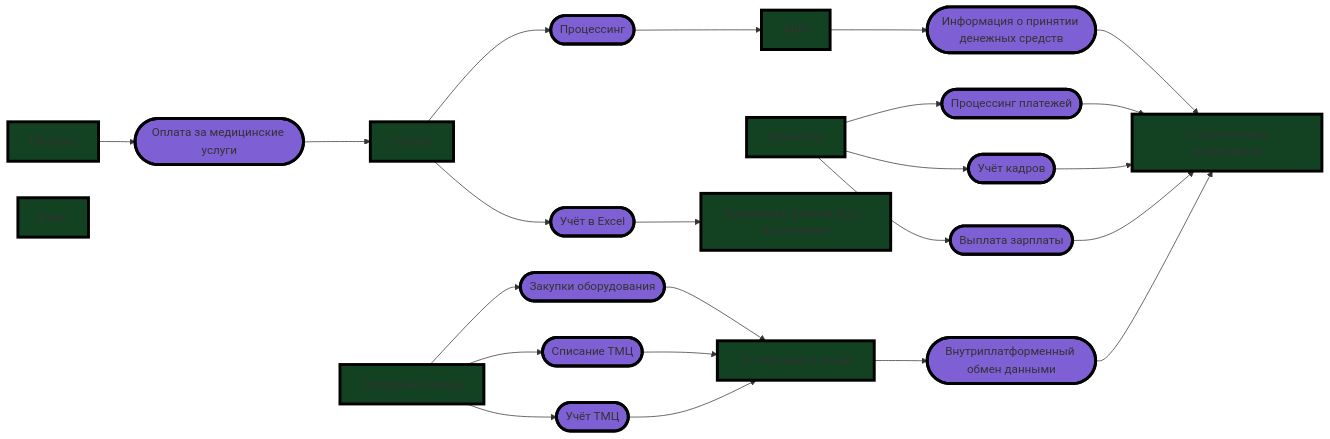
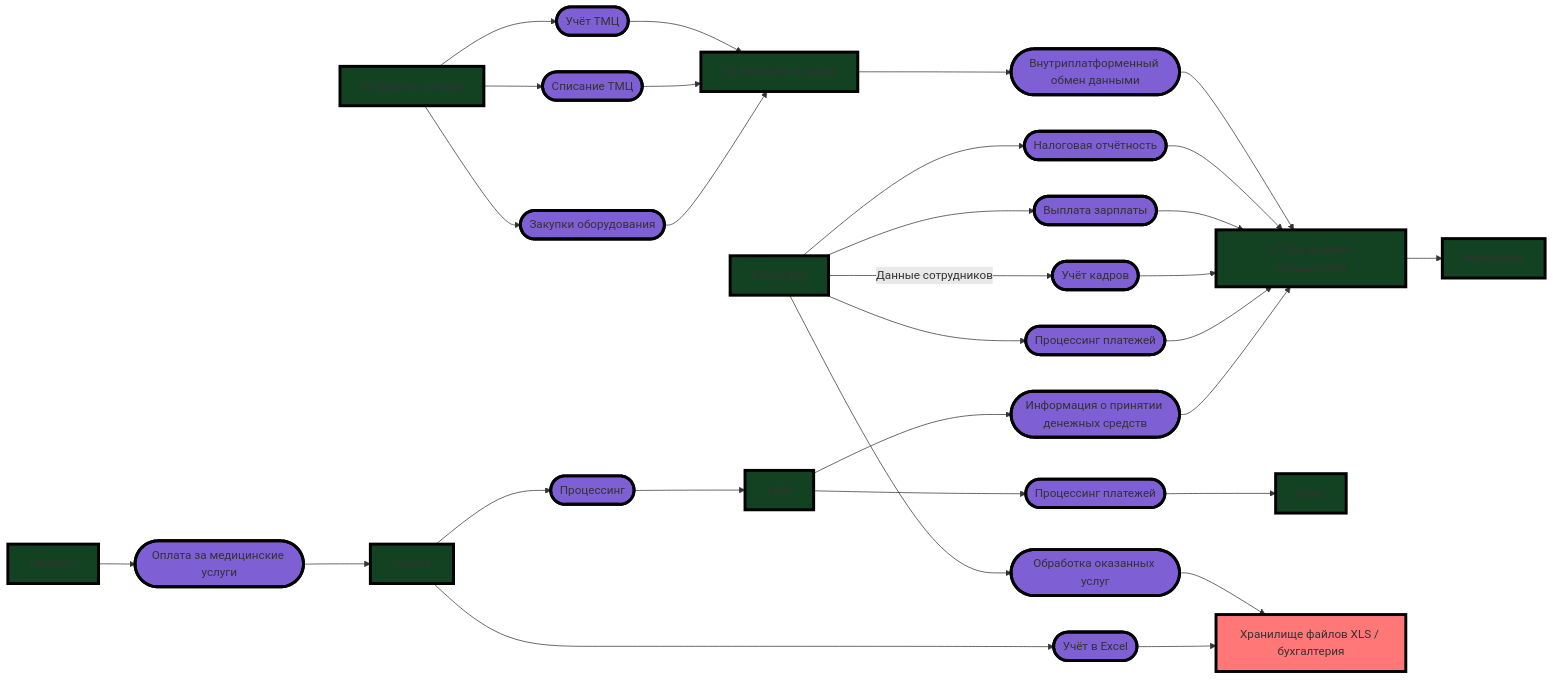
One commit to belyaev-a-g/architecture-medikamente changed the ninth of 9 diagrams in Task_1/Readme.md. Above: the diagram before and after it, drawn with Mermaid. The commit also changed other lines of this file, not shown here.

````diff
--- a/Task_1/Readme.md
+++ b/Task_1/Readme.md
@@ -134,36 +142,45 @@
 ```mermaid
 flowchart LR
     classDef action fill:#7F5FD4, stroke:#000, stroke-width:4px
     classDef entity fill:#124221, stroke:#000, stroke-width:4px
+    classDef share fill:#FF7777 , stroke:#000, stroke-width:4px
 
     pacient[Пациент]:::entity
     1c_ent[1C бухгалтерия предприятия]:::entity
     1c_wh[1C Торговля и склад]:::entity
     edit([Учёт в Excel]):::action
     pay([Оплата за медицинские услуги]):::action
     info([Информация о принятии денежных средств]):::action
     processing([Процессинг]):::action
     processing_acc([Процессинг платежей]):::action
+    processing_bank([Процессинг платежей]):::action
     hr_acc([Учёт кадров]):::action
     salary_acc([Выплата зарплаты]):::action
+    acc_tax([Налоговая отчётность]):::action
+    acc_handy([Обработка оказанных услуг]):::action
     1c_exchange([Внутриплатформенный обмен данными]):::action
     wh_in([Закупки оборудования]):::action
     wh_out([Списание ТМЦ]):::action
     wh_control([Учёт ТМЦ]):::action
     cashier[Кассир]:::entity
     bank[Банк]:::entity
     kkm[KKM]:::entity
-    xls_share[Хранилище файлов XLS / бухгалтерия]:::entity
+    tax_services[Налоговая]:::entity
+    xls_share[Хранилище файлов XLS / бухгалтерия]:::share
     accountant[Бухгалтер]:::entity
     wh_worker[Сотрудник склада]:::entity
     pacient-->pay-->cashier--> edit-->xls_share
     cashier-->processing-->kkm-->info-->1c_ent
     accountant-->processing_acc-->1c_ent
-    accountant-->hr_acc-->1c_ent
+    accountant--"Данные сотрудников"-->hr_acc-->1c_ent
     accountant-->salary_acc-->1c_ent
+    accountant-->acc_tax-->1c_ent
+    accountant-->acc_handy-->xls_share
     wh_worker-->wh_in-->1c_wh
     wh_worker-->wh_out-->1c_wh
     wh_worker-->wh_control-->1c_wh
     1c_wh-->1c_exchange-->1c_ent
+    kkm-->processing_bank-->bank
+    1c_ent-->tax_services
     
 ```
````
